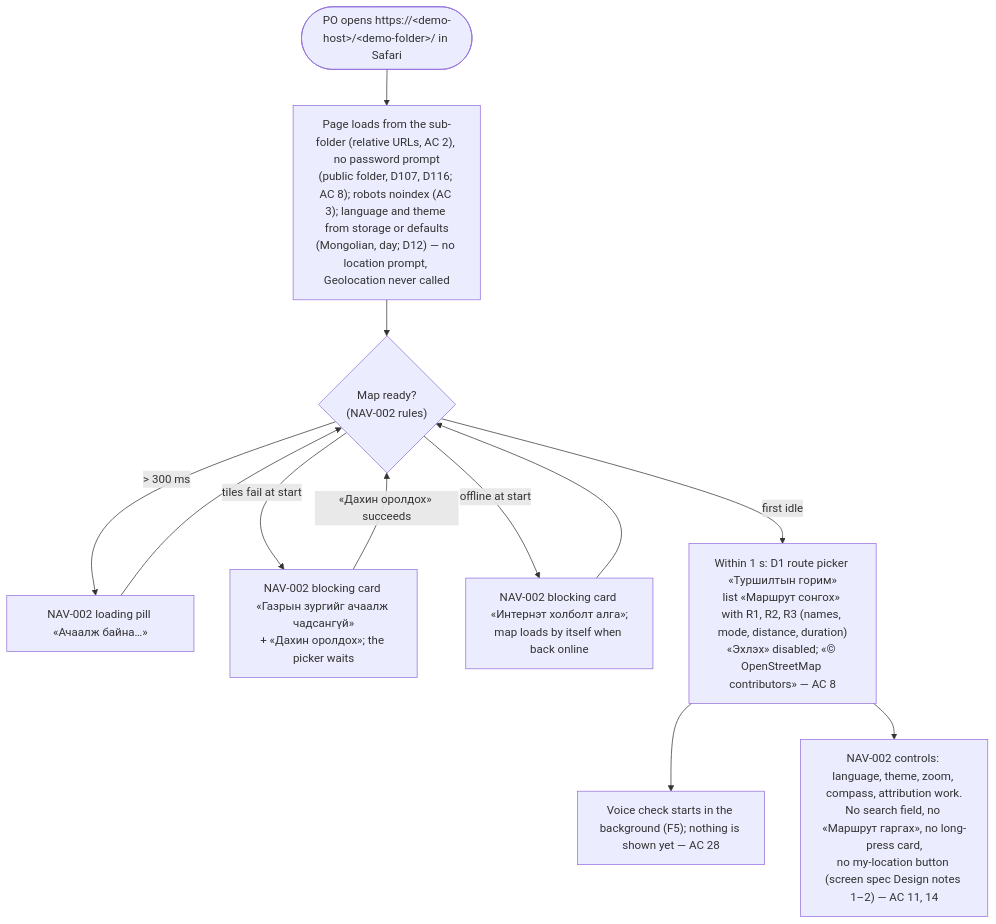
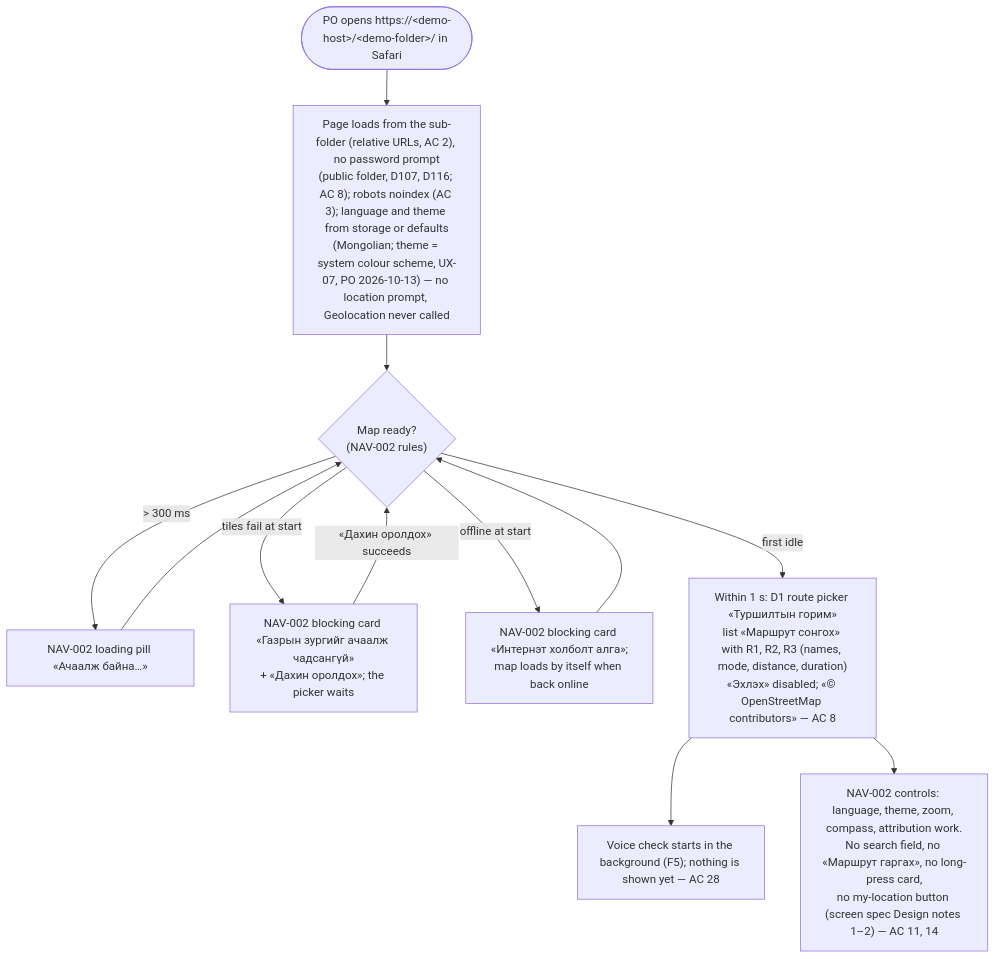
One commit to Uranbold/test.github.io changed the second of 8 diagrams in docs/design/flows/NAV-017-web-demo-mode.md. Above: the diagram before and after it, drawn with Mermaid. The commit also changed other lines of this file and 19 other files, not shown here.

First line of the commit message:
UX specs for D238-D240: time-left-first panel, 16 dp gap, undo after end navigation, web system theme; wireframes and checkers

````diff
--- a/docs/design/flows/NAV-017-web-demo-mode.md
+++ b/docs/design/flows/NAV-017-web-demo-mode.md
@@ -31,12 +31,12 @@
 ```mermaid
 flowchart TD
-    A(["PO opens https://#lt;demo-host#gt;/#lt;demo-folder#gt;/ in Safari"]) --> L["Page loads from the sub-folder (relative URLs, AC 2), no password prompt<br/>(public folder, D107, D116; AC 8); robots noindex (AC 3); language and theme from storage or defaults<br/>(Mongolian, day; D12) — no location prompt, Geolocation never called"]
+    A(["PO opens https://#lt;demo-host#gt;/#lt;demo-folder#gt;/ in Safari"]) --> L["Page loads from the sub-folder (relative URLs, AC 2), no password prompt<br/>(public folder, D107, D116; AC 8); robots noindex (AC 3); language and theme from storage or defaults<br/>(Mongolian; theme = system colour scheme, UX-07, PO 2026-10-13) — no location prompt, Geolocation never called"]
     L --> T{"Map ready?<br/>(NAV-002 rules)"}
     T -- "> 300 ms" --> LD["NAV-002 loading pill «Ачаалж байна…»"] --> T
     T -- "tiles fail at start" --> TC["NAV-002 blocking card «Газрын зургийг ачаалж чадсангүй»<br/>+ «Дахин оролдох»; the picker waits"]
     TC -- "«Дахин оролдох» succeeds" --> T
     T -- "offline at start" --> OC["NAV-002 blocking card «Интернэт холболт алга»;<br/>map loads by itself when back online"] --> T
     T -- "first idle" --> D1["Within 1 s: D1 route picker «Туршилтын горим»<br/>list «Маршрут сонгох» with R1, R2, R3 (names, mode, distance, duration)<br/>«Эхлэх» disabled; «© OpenStreetMap contributors» — AC 8"]
     D1 --> V0["Voice check starts in the background (F5); nothing is shown yet — AC 28"]
     D1 --> NC["NAV-002 controls: language, theme, zoom, compass, attribution work.<br/>No search field, no «Маршрут гаргах», no long-press card,<br/>no my-location button (screen spec Design notes 1–2) — AC 11, 14"]
 ```
````
